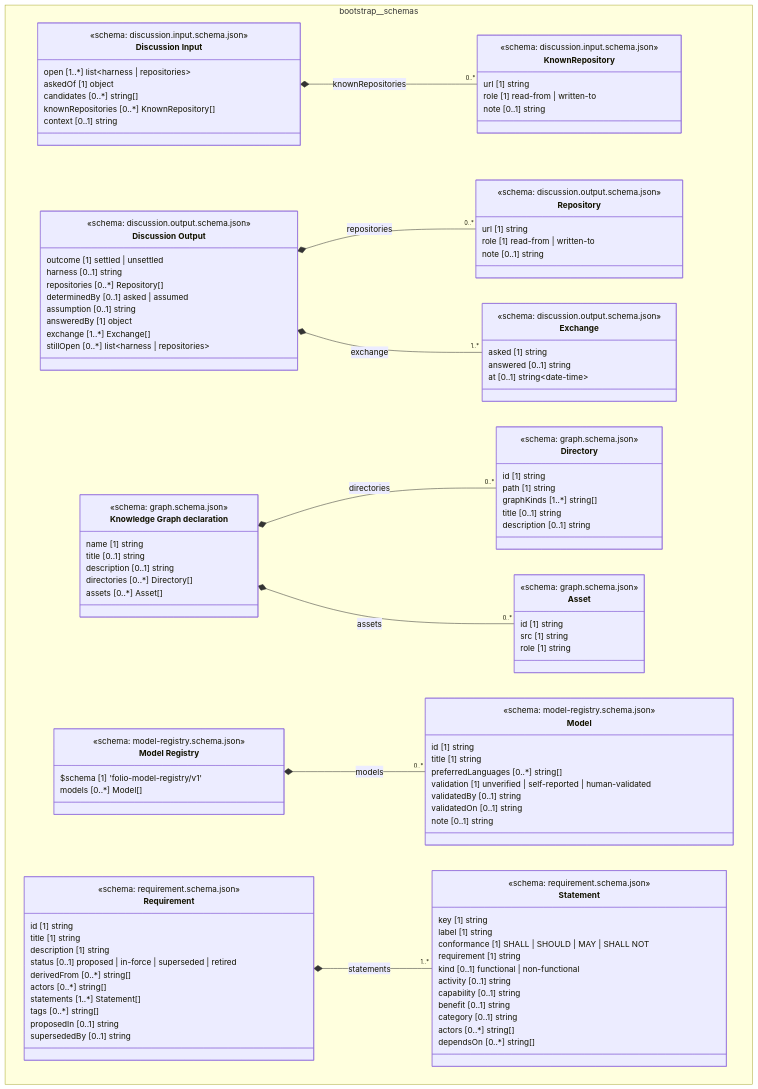
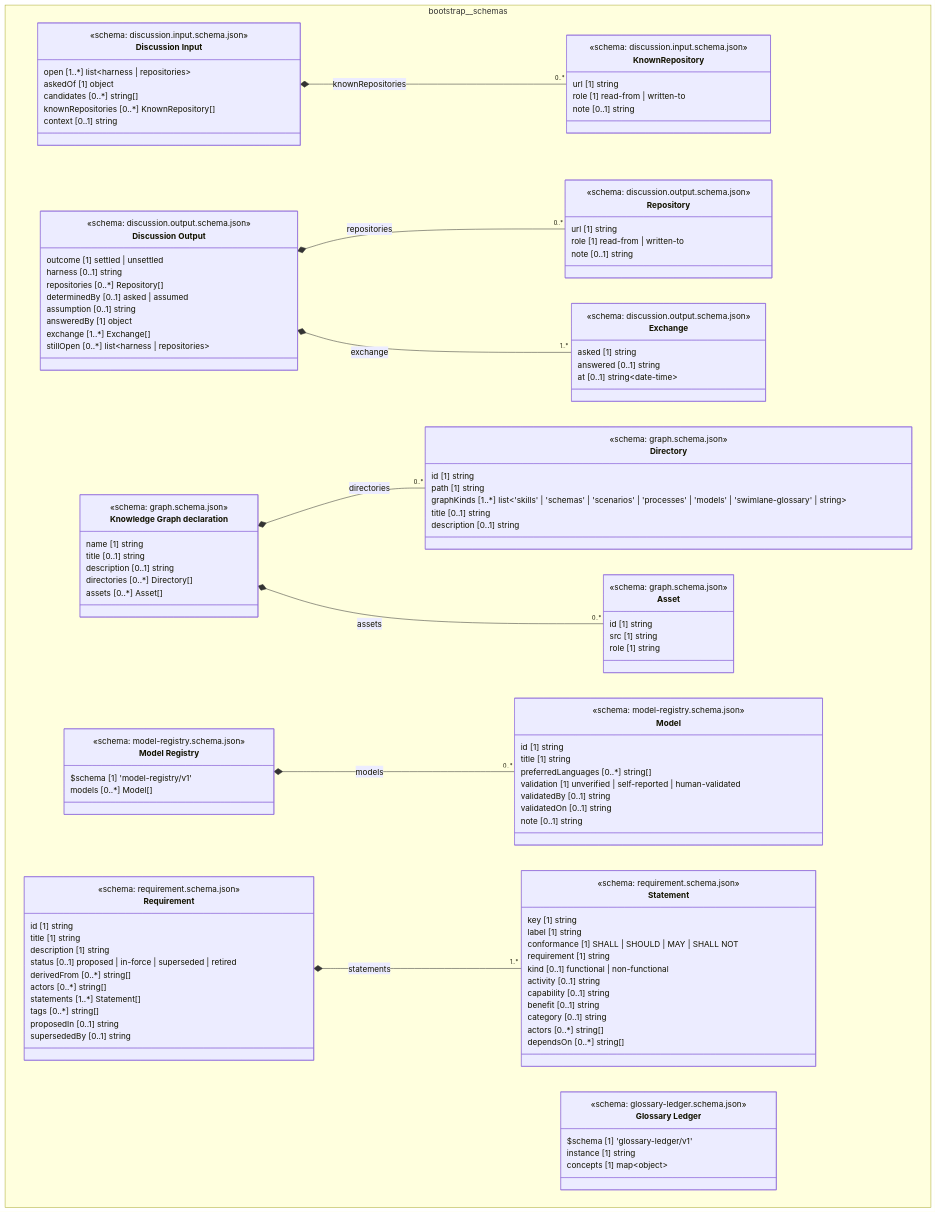
The diagram in cat-harness/docs/uml/overview/bootstrap/schemas.md (litlfred/folio-assistant), drawn with Mermaid before and after one commit. The commit also changed other lines of this file and 56 other files, not shown here.

First line of the commit message:
Regenerate what group D moved: UML overview (bootstrap has no qa graph), glossary, schema page, READMEs, .pot templates, handler index

```diff
--- a/cat-harness/docs/uml/overview/bootstrap/schemas.md
+++ b/cat-harness/docs/uml/overview/bootstrap/schemas.md
@@ -80,11 +80,17 @@
       exchange [1..*] Exchange[]
       stillOpen [0..*] list~harness | repositories~
     }
+    class bootstrap_schemas_glossary_ledger_schema_json_Glossary_Ledger["Glossary Ledger"] {
+      <<schema: glossary-ledger.schema.json>>
+      $schema [1] 'glossary-ledger/v1'
+      instance [1] string
+      concepts [1] map~object~
+    }
     class bootstrap_schemas_graph_schema_json_Directory["Directory"] {
       <<schema: graph.schema.json>>
       id [1] string
       path [1] string
-      graphKinds [1..*] string[]
+      graphKinds [1..*] list~'skills' | 'schemas' | 'scenarios' | 'processes' | 'models' | 'swimlane-glossary' | string~
       title [0..1] string
       description [0..1] string
     }
@@ -114,7 +120,7 @@
     }
     class bootstrap_schemas_model_registry_schema_json_Model_Registry["Model Registry"] {
       <<schema: model-registry.schema.json>>
-      $schema [1] 'folio-model-registry/v1'
+      $schema [1] 'model-registry/v1'
       models [0..*] Model[]
     }
     class bootstrap_schemas_requirement_schema_json_Statement["Statement"] {
@@ -157,6 +163,7 @@
   cssClass "bootstrap_schemas_discussion_output_schema_json_Repository" fa_uml_kind_schemas
   cssClass "bootstrap_schemas_discussion_output_schema_json_Exchange" fa_uml_kind_schemas
   cssClass "bootstrap_schemas_discussion_output_schema_json_Discussion_Output" fa_uml_kind_schemas
+  cssClass "bootstrap_schemas_glossary_ledger_schema_json_Glossary_Ledger" fa_uml_kind_schemas
   cssClass "bootstrap_schemas_graph_schema_json_Directory" fa_uml_kind_schemas
   cssClass "bootstrap_schemas_graph_schema_json_Asset" fa_uml_kind_schemas
   cssClass "bootstrap_schemas_graph_schema_json_Knowledge_Graph_declaration" fa_uml_kind_schemas
```
